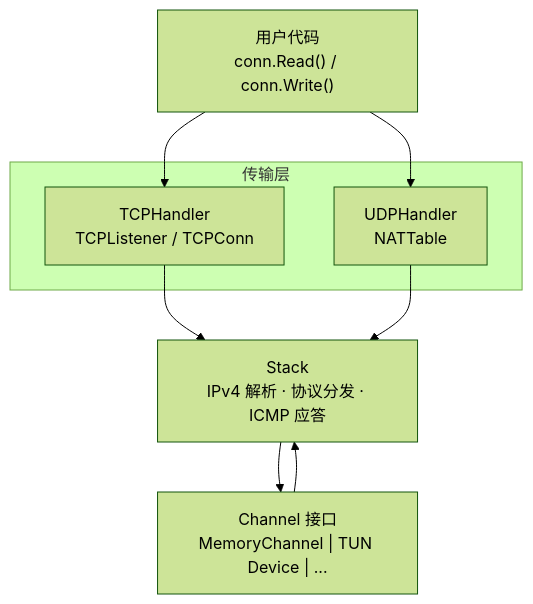
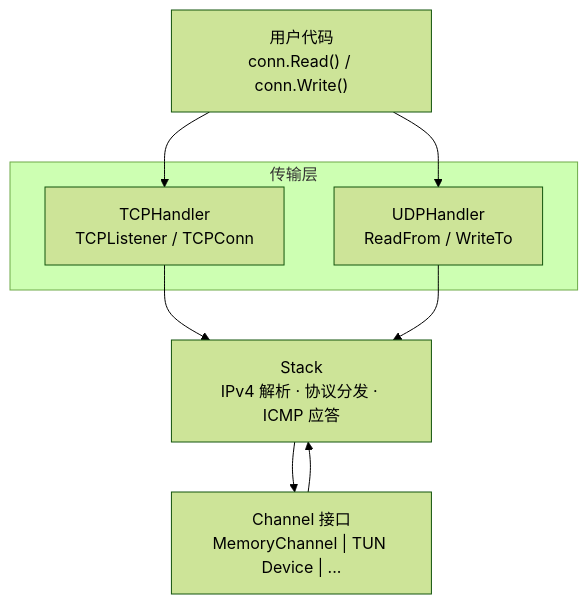
Before and after one commit to Zwlin98/netstack: the first of 2 diagrams in README.md, drawn with Mermaid (forest theme). The commit also changed other lines of this file, not shown here.

Commit message:
docs: update README for UDP PacketConn API

````diff
--- a/README.md
+++ b/README.md
@@ -18,19 +18,19 @@
 ```mermaid
 graph TB
     App["用户代码<br/>conn.Read() / conn.Write()"]
 
     subgraph Transport["传输层"]
         TCP["TCPHandler<br/>TCPListener / TCPConn"]
-        UDP["UDPHandler<br/>NATTable"]
+        UDP["UDPHandler<br/>ReadFrom / WriteTo"]
     end
 
     Stack["Stack<br/>IPv4 解析 · 协议分发 · ICMP 应答"]
     Channel["Channel 接口<br/>MemoryChannel | TUN Device | ..."]
 
     App --> TCP
     App --> UDP
     TCP --> Stack
     UDP --> Stack
     Stack --> Channel
     Channel --> Stack
 ```
````
